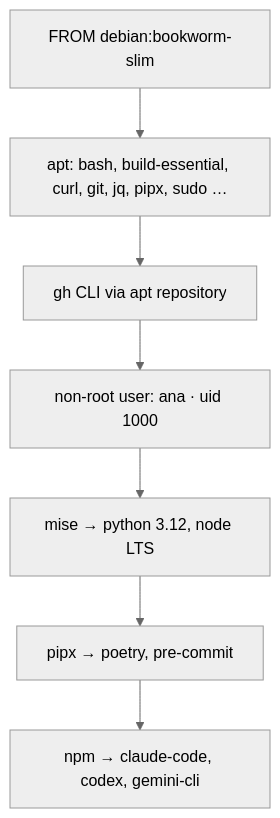
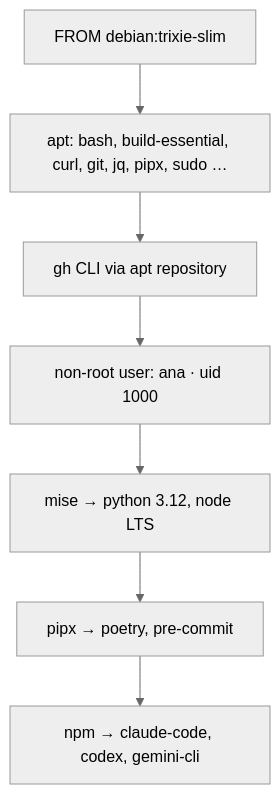
Before and after one commit to gubasso/devcontainerctl: the first of 4 diagrams in docs/WORKFLOW-COMPARISON.md, drawn with Mermaid (neutral theme). The commit also changed other lines of this file and 8 other files, not shown here.

````diff
--- a/docs/WORKFLOW-COMPARISON.md
+++ b/docs/WORKFLOW-COMPARISON.md
@@ -46,9 +46,9 @@
 ```mermaid
 flowchart TD
-    A["FROM debian:bookworm-slim"] --> B["apt: bash, build-essential, curl, git, jq, pipx, sudo …"]
+    A["FROM debian:trixie-slim"] --> B["apt: bash, build-essential, curl, git, jq, pipx, sudo …"]
     B --> C["gh CLI via apt repository"]
     C --> D["non-root user: ana · uid 1000"]
     D --> E["mise → python 3.12, node LTS"]
     E --> F["pipx → poetry, pre-commit"]
     F --> G["npm → claude-code, codex, gemini-cli"]
 ```
````
